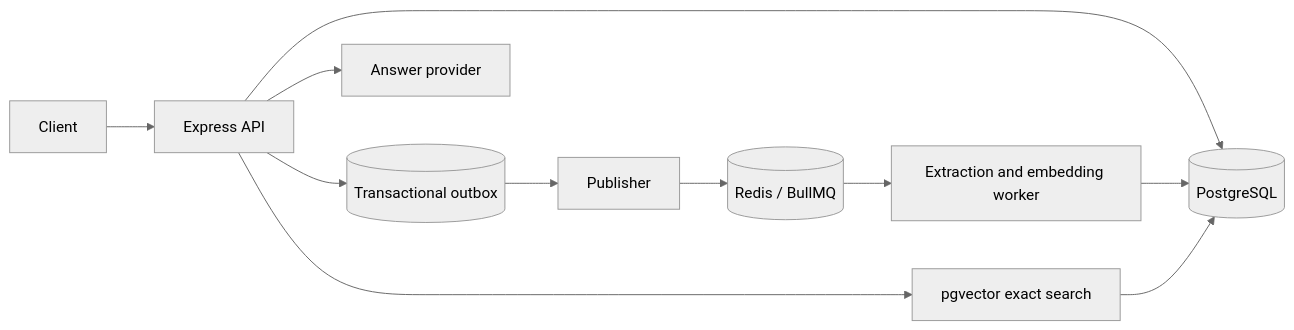
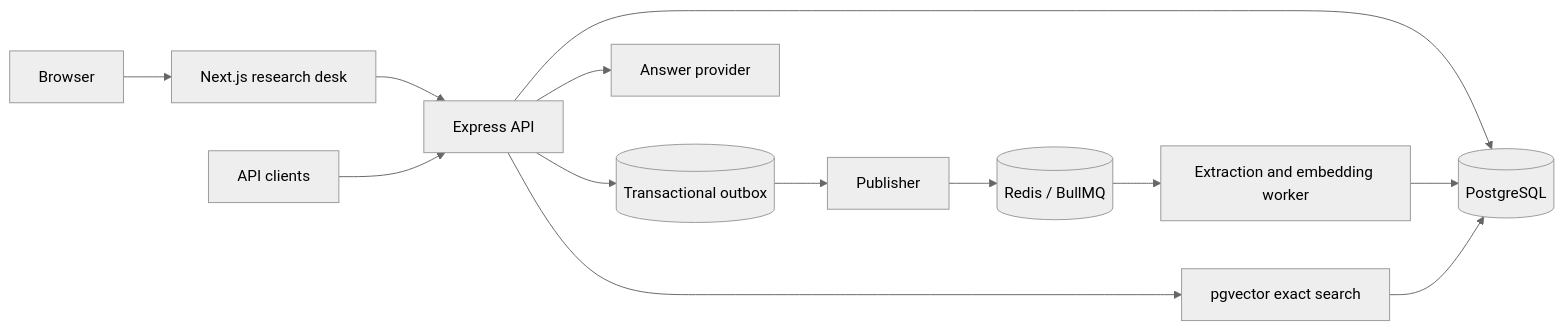
Before and after one commit to sachanritik1/sourcebook: the diagram in README.md, drawn with Mermaid (neutral theme). The commit also changed other lines of this file and 22 other files, not shown here.

Commit message:
feat(web): add workspace research desk

````diff
--- a/README.md
+++ b/README.md
@@ -74,13 +76,15 @@
 ```mermaid
 flowchart LR
-  Client --> API[Express API]
+  Browser --> Web[Next.js research desk]
+  Web --> API[Express API]
+  CLI[API clients] --> API
   API --> PG[(PostgreSQL)]
   API --> Outbox[(Transactional outbox)]
   Outbox --> Publisher
   Publisher --> Redis[(Redis / BullMQ)]
   Redis --> Worker[Extraction and embedding worker]
   Worker --> PG
   API --> Vector[pgvector exact search]
   Vector --> PG
   API --> LLM[Answer provider]
 ```
````
